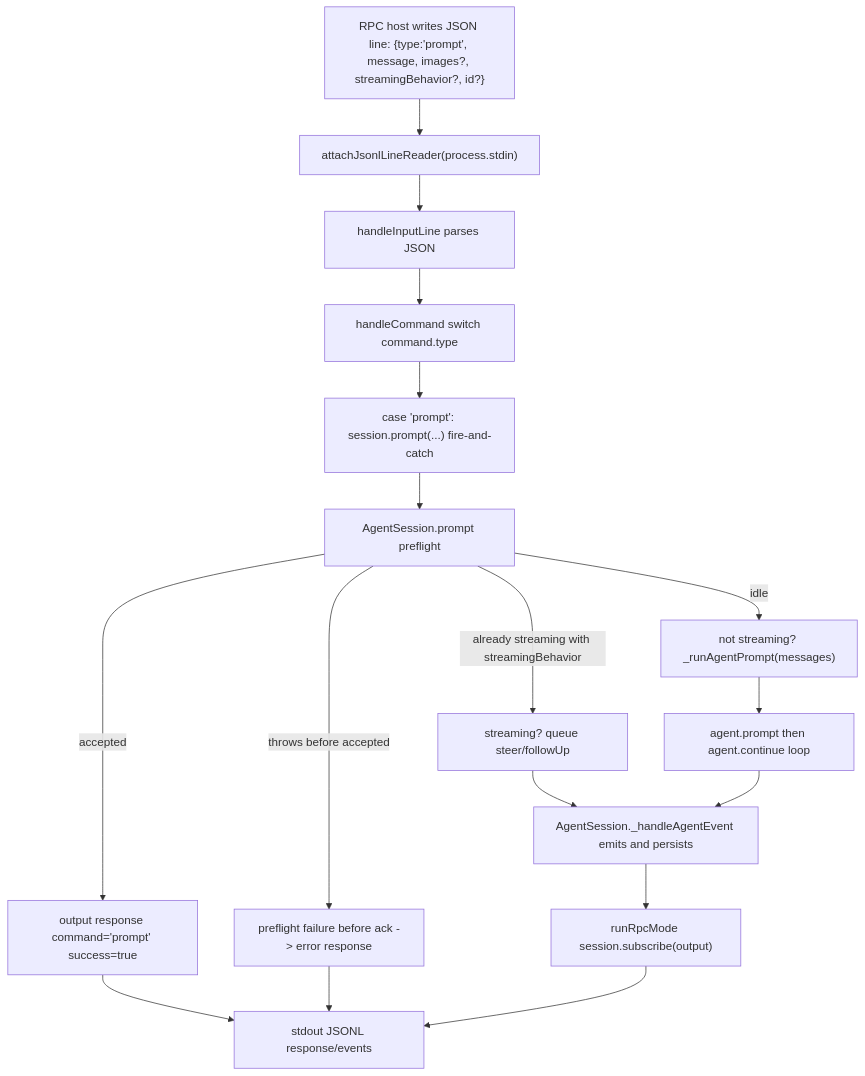
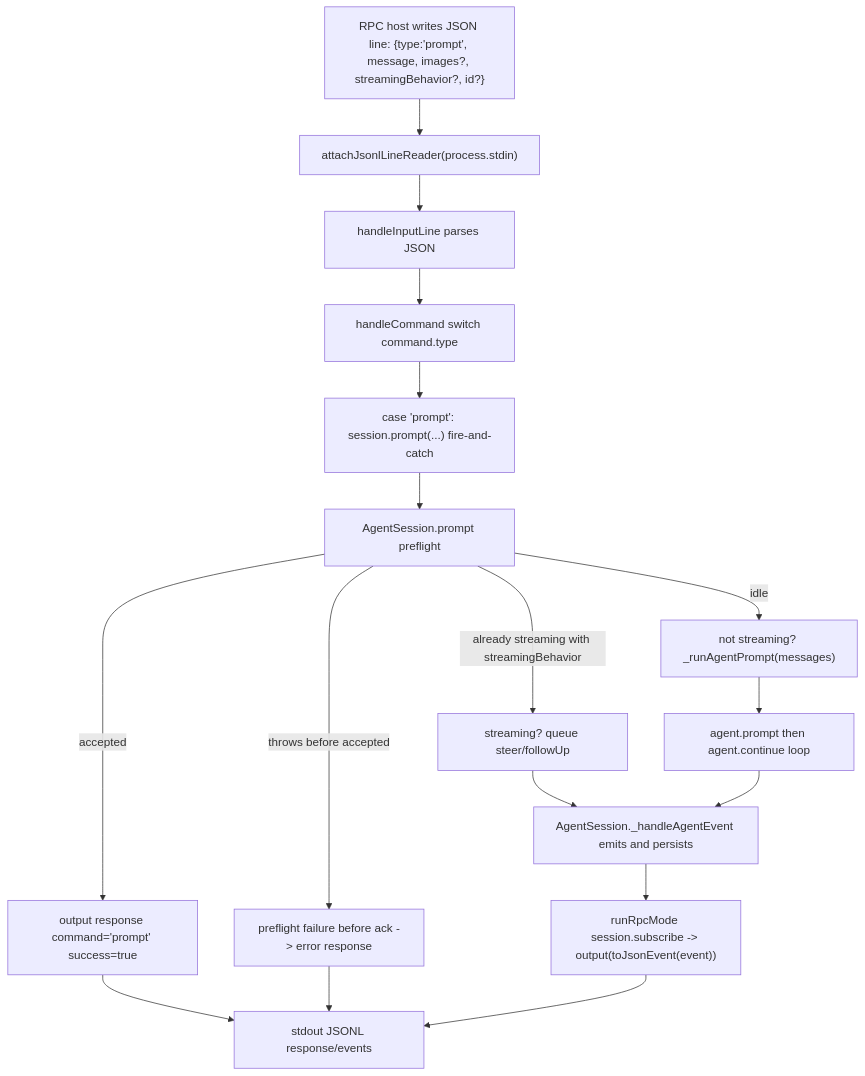
Before and after one commit to wdnmdtonyma/SOTA-Agent-LLM-Wiki: the diagram in docs/llm-wiki/pi/spine/trace-rpc-prompt.md, drawn with Mermaid. The commit also changed other lines of this file and 112 other files, not shown here.

````diff
--- a/docs/llm-wiki/pi/spine/trace-rpc-prompt.md
+++ b/docs/llm-wiki/pi/spine/trace-rpc-prompt.md
@@ -26,23 +26,23 @@
 ```mermaid
 flowchart TD
   Host["RPC host writes JSON line: {type:'prompt', message, images?, streamingBehavior?, id?}"]
   Reader["attachJsonlLineReader(process.stdin)"]
   Parse["handleInputLine parses JSON"]
   Dispatch["handleCommand switch command.type"]
   PromptCase["case 'prompt': session.prompt(...) fire-and-catch"]
   Preflight["AgentSession.prompt preflight"]
   Ack["output response command='prompt' success=true"]
   Queue["streaming? queue steer/followUp"]
   Run["not streaming? _runAgentPrompt(messages)"]
   Agent["agent.prompt then agent.continue loop"]
   Events["AgentSession._handleAgentEvent emits and persists"]
-  RpcSub["runRpcMode session.subscribe(output)"]
+  RpcSub["runRpcMode session.subscribe -> output(toJsonEvent(event))"]
   Stdout["stdout JSONL response/events"]
   Error["preflight failure before ack -> error response"]
 
   Host --> Reader --> Parse --> Dispatch --> PromptCase --> Preflight
   Preflight -->|accepted| Ack --> Stdout
   Preflight -->|throws before accepted| Error --> Stdout
   Preflight -->|already streaming with streamingBehavior| Queue --> Events
   Preflight -->|idle| Run --> Agent --> Events --> RpcSub --> Stdout
 ```
````
